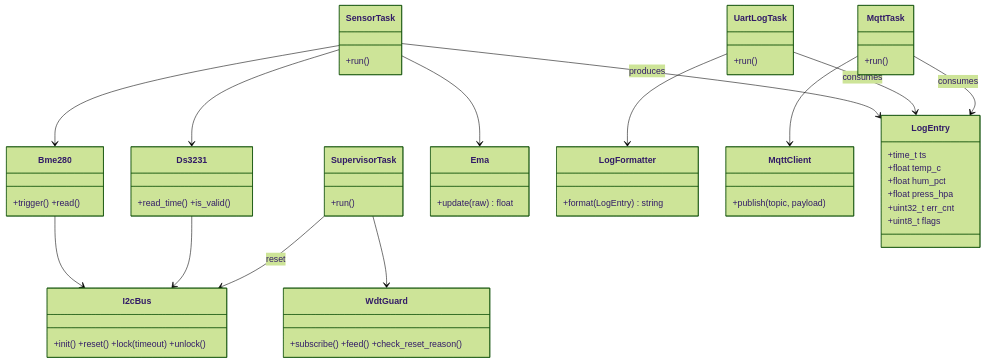
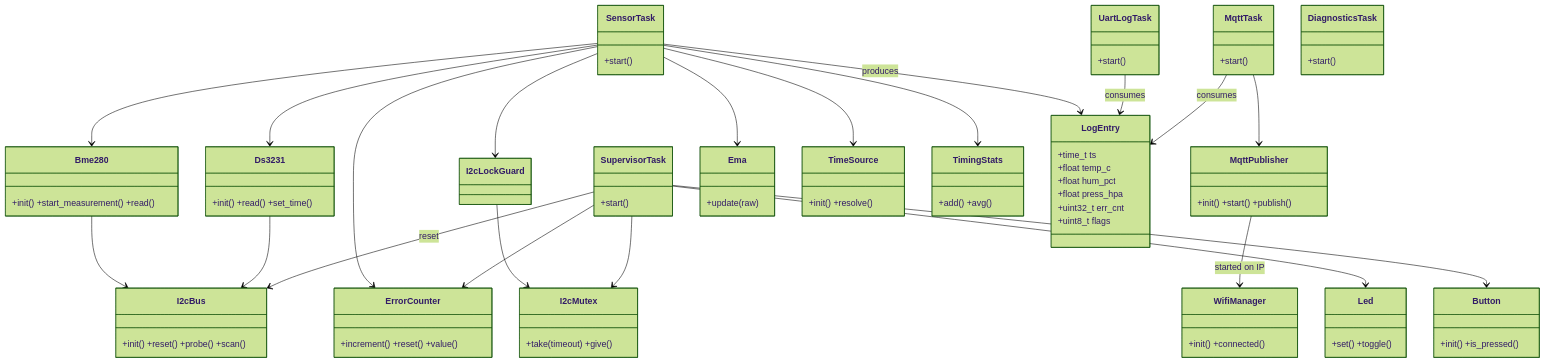
The third of 6 diagrams in docs/architecture.md (yuriyKazan/Environment-logger), drawn with Mermaid (forest theme) before and after one commit. The commit also changed other lines of this file and 2 other files, not shown here.

Commit message:
Architecture doc: rewrite to match the implementation (T1 FSM, T3, queues, watchdog, sequences)

````diff
--- a/docs/architecture.md
+++ b/docs/architecture.md
@@ -160,34 +200,49 @@
 ```mermaid
 classDiagram
-    class SensorTask { +run() }
-    class UartLogTask { +run() }
-    class SupervisorTask { +run() }
-    class MqttTask { +run() }
-    class Bme280 { +trigger() +read() }
-    class Ds3231 { +read_time() +is_valid() }
-    class I2cBus { +init() +reset() +lock(timeout) +unlock() }
-    class Ema { +update(raw) float }
-    class LogFormatter { +format(LogEntry) string }
-    class WdtGuard { +subscribe() +feed() +check_reset_reason() }
-    class MqttClient { +publish(topic, payload) }
+    class SensorTask { +start() }
+    class SupervisorTask { +start() }
+    class UartLogTask { +start() }
+    class MqttTask { +start() }
+    class DiagnosticsTask { +start() }
+    class Bme280 { +init() +start_measurement() +read() }
+    class Ds3231 { +init() +read() +set_time() }
+    class I2cBus { +init() +reset() +probe() +scan() }
+    class I2cMutex { +take(timeout) +give() }
+    class I2cLockGuard
+    class Led { +set() +toggle() }
+    class Button { +init() +is_pressed() }
+    class WifiManager { +init() +connected() }
+    class MqttPublisher { +init() +start() +publish() }
+    class Ema { +update(raw) }
+    class TimeSource { +init() +resolve() }
+    class ErrorCounter { +increment() +reset() +value() }
+    class TimingStats { +add() +avg() }
     class LogEntry {
         +time_t ts
         +float temp_c
         +float hum_pct
         +float press_hpa
         +uint32_t err_cnt
         +uint8_t flags
     }
     SensorTask --> Bme280
     SensorTask --> Ds3231
     SensorTask --> Ema
+    SensorTask --> TimeSource
+    SensorTask --> ErrorCounter
+    SensorTask --> TimingStats
+    SensorTask --> I2cLockGuard
     SensorTask --> LogEntry : produces
+    I2cLockGuard --> I2cMutex
     Bme280 --> I2cBus
     Ds3231 --> I2cBus
     SupervisorTask --> I2cBus : reset
-    SupervisorTask --> WdtGuard
-    UartLogTask --> LogFormatter
+    SupervisorTask --> I2cMutex
+    SupervisorTask --> Led
+    SupervisorTask --> Button
+    SupervisorTask --> ErrorCounter
     UartLogTask --> LogEntry : consumes
-    MqttTask --> MqttClient
+    MqttTask --> MqttPublisher
     MqttTask --> LogEntry : consumes
+    MqttPublisher --> WifiManager : started on IP
 ```
````
